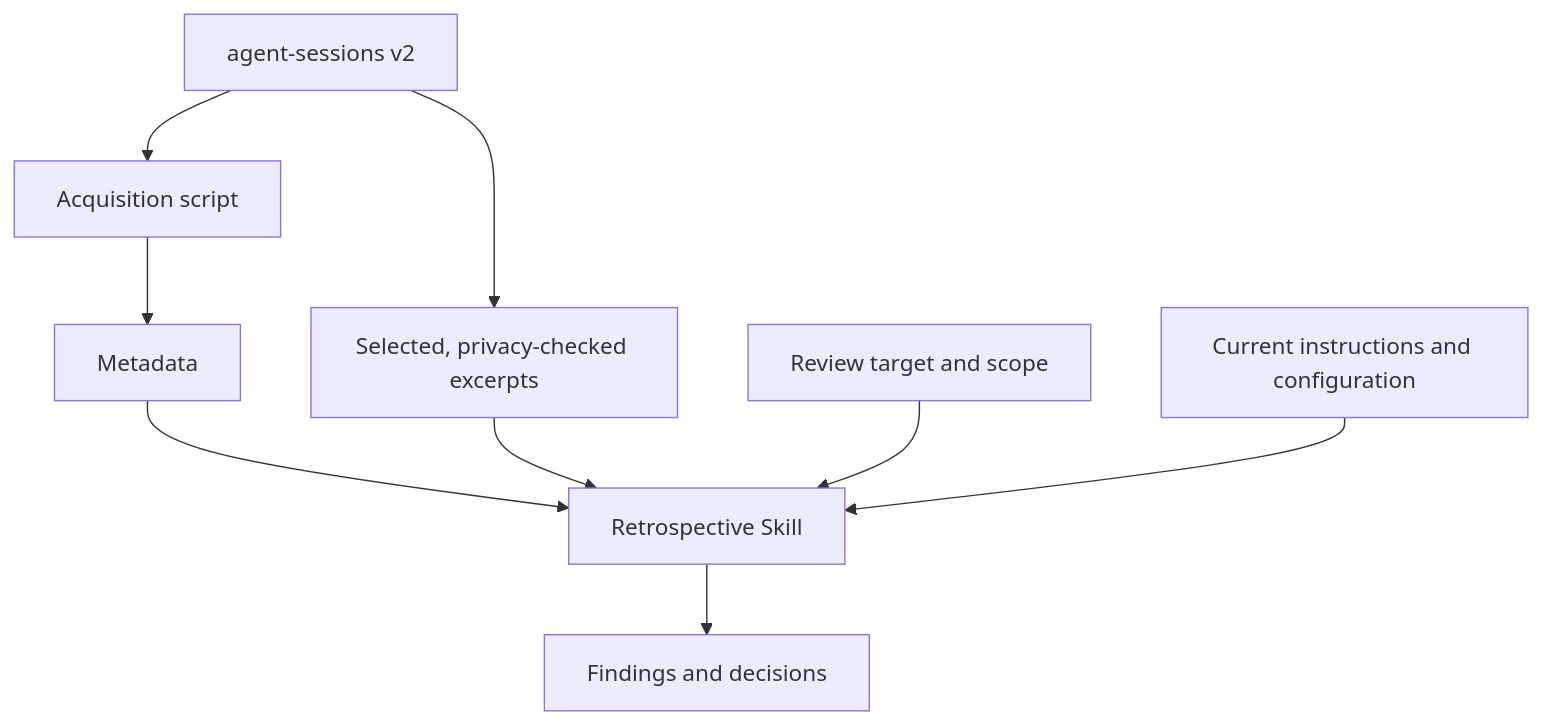
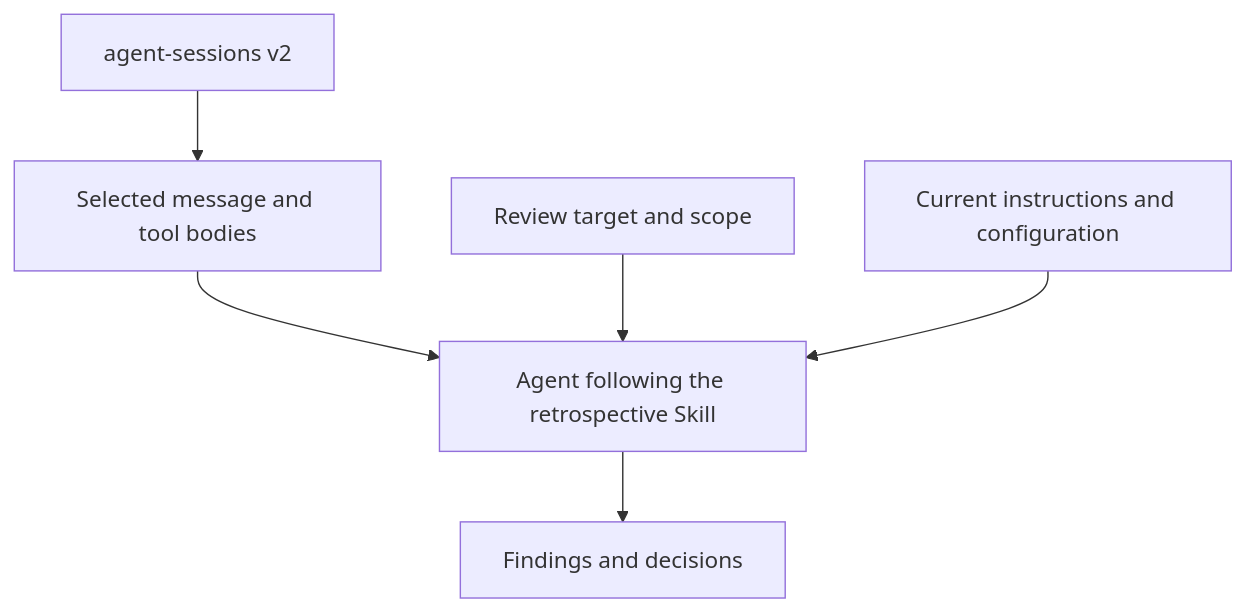
One commit to mtk177a/agent-harness-retro changed the diagram in README.md. Above: the diagram before and after it, drawn with Mermaid. The commit also changed other lines of this file and 28 other files, not shown here.

First line of the commit message:
Read retrospective conversations directly with agent-sessions (#12)

````diff
--- a/README.md
+++ b/README.md
@@ -107,11 +106,8 @@
 ```mermaid
 flowchart TD
-    source["agent-sessions v2"] --> helper["Acquisition script"]
-    helper --> metadata["Metadata"]
-    source --> excerpts["Selected, privacy-checked excerpts"]
-    metadata --> review["Retrospective Skill"]
-    excerpts --> review
+    source["agent-sessions v2"] --> bodies["Selected message and tool bodies"]
+    bodies --> review["Agent following the retrospective Skill"]
     scope["Review target and scope"] --> review
     harness["Current instructions and configuration"] --> review
     review --> result["Findings and decisions"]
 ```
````
